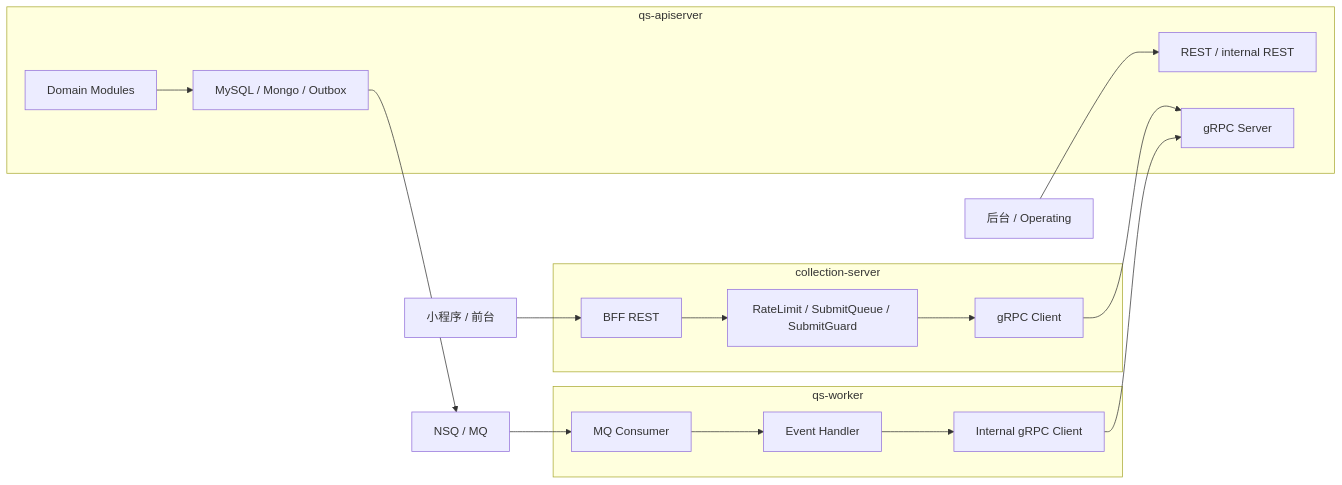
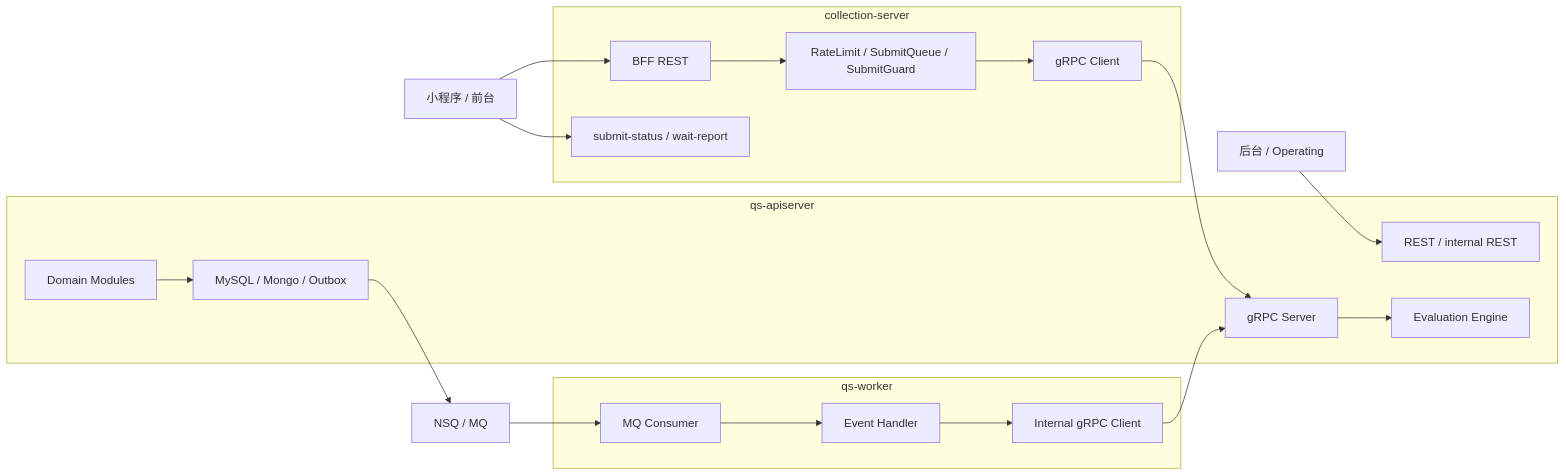
The second of 8 diagrams in docs/06-宣讲/09-30分钟技术分享脚本.md (FangcunMount/qs-server), drawn with Mermaid before and after one commit. The commit also changed other lines of this file and 25 other files, not shown here.

````diff
--- a/docs/06-宣讲/09-30分钟技术分享脚本.md
+++ b/docs/06-宣讲/09-30分钟技术分享脚本.md
@@ -157,30 +167,34 @@
 ```mermaid
 flowchart LR
     Client["小程序 / 前台"]
     Admin["后台 / Operating"]
     MQ["NSQ / MQ"]
 
     subgraph Collection["collection-server"]
         C1["BFF REST"]
         C2["RateLimit / SubmitQueue / SubmitGuard"]
         C3["gRPC Client"]
+        C4["submit-status / wait-report"]
     end
 
     subgraph API["qs-apiserver"]
         A1["REST / internal REST"]
         A2["gRPC Server"]
         A3["Domain Modules"]
         A4["MySQL / Mongo / Outbox"]
+        A5["Evaluation Engine"]
     end
 
     subgraph Worker["qs-worker"]
         W1["MQ Consumer"]
         W2["Event Handler"]
         W3["Internal gRPC Client"]
     end
 
     Client --> C1 --> C2 --> C3 --> A2
+    Client --> C4
     Admin --> A1
     A3 --> A4 --> MQ
     MQ --> W1 --> W2 --> W3 --> A2
+    A2 --> A5
 ```
````
